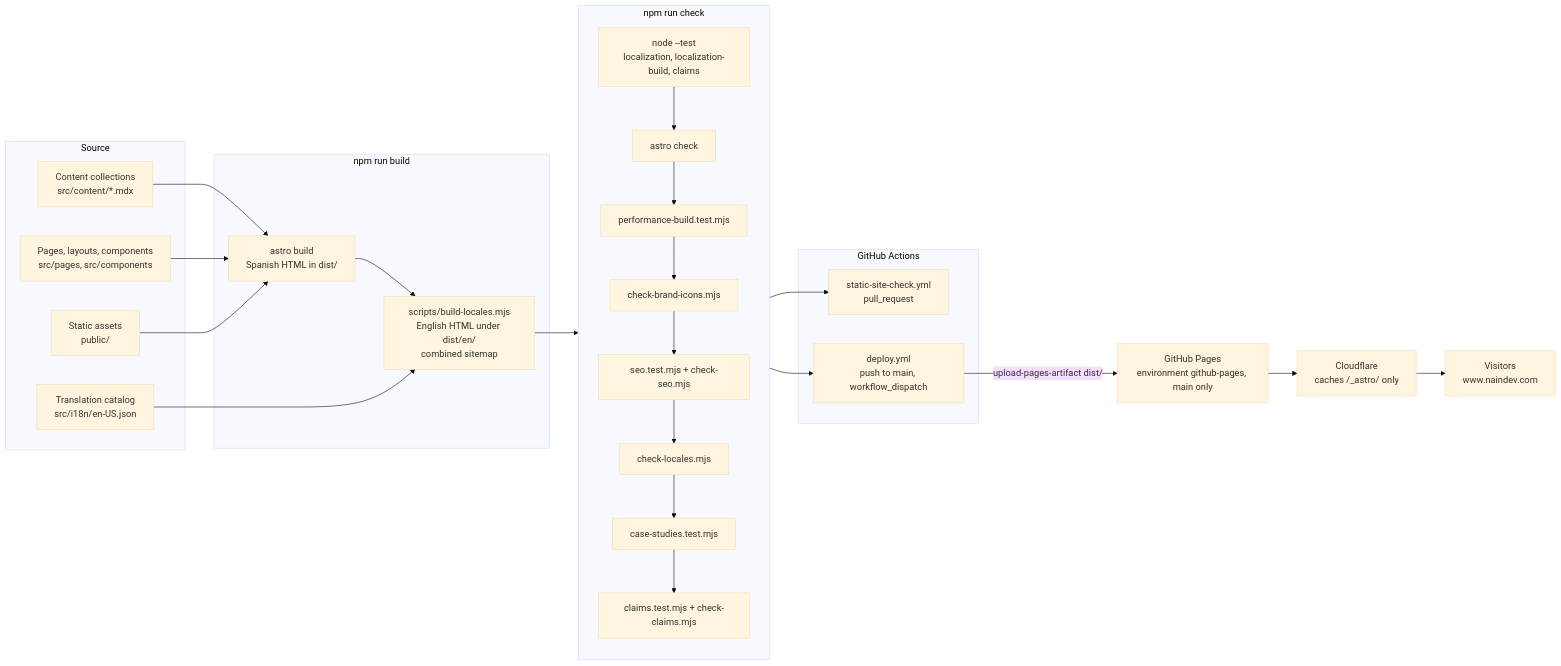
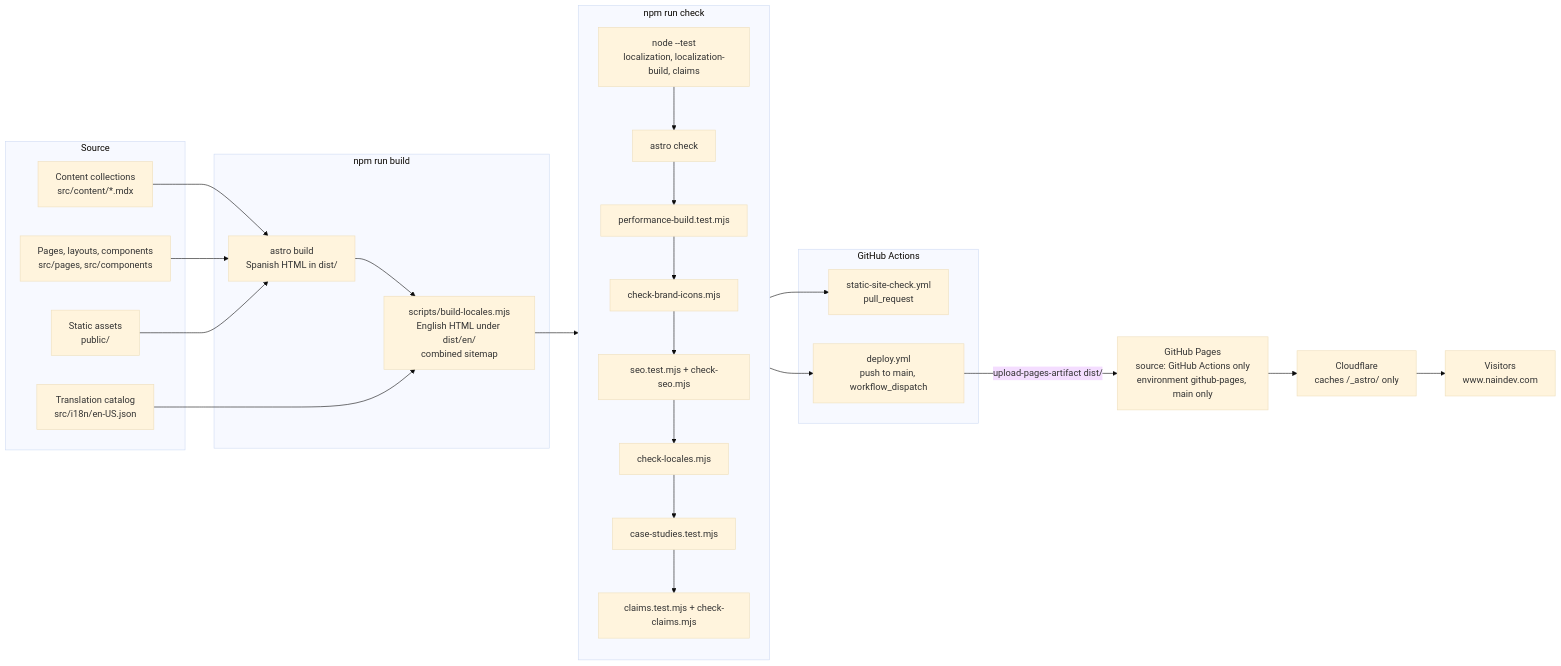
One commit to Nain9Dev/nain9dev.github.io changed the diagram in docs/20-architecture.md. Above: the diagram before and after it, drawn with Mermaid (base theme). The commit also changed 6 other files, not shown here.

First line of the commit message:
docs(ops): record the Pages source incident and log budget long tasks

````diff
--- a/docs/20-architecture.md
+++ b/docs/20-architecture.md
@@ -25,43 +25,43 @@
 ```mermaid
 flowchart LR
     subgraph Source
         MDX[Content collections<br/>src/content/*.mdx]
         ASTRO[Pages, layouts, components<br/>src/pages, src/components]
         CAT[Translation catalog<br/>src/i18n/en-US.json]
         PUB[Static assets<br/>public/]
     end
 
     subgraph Build["npm run build"]
         AB[astro build<br/>Spanish HTML in dist/]
         BL[scripts/build-locales.mjs<br/>English HTML under dist/en/<br/>combined sitemap]
     end
 
     subgraph Check["npm run check"]
         UT[node --test<br/>localization, localization-build, claims]
         AC[astro check]
         BI[check-brand-icons.mjs]
         SEO[seo.test.mjs + check-seo.mjs]
         LC[check-locales.mjs]
         CS[case-studies.test.mjs]
         CC[claims.test.mjs + check-claims.mjs]
         PF[performance-build.test.mjs]
     end
 
     subgraph CI["GitHub Actions"]
         SSC[static-site-check.yml<br/>pull_request]
         DEP[deploy.yml<br/>push to main, workflow_dispatch]
     end
 
     MDX --> AB
     ASTRO --> AB
     PUB --> AB
     AB --> BL
     CAT --> BL
     BL --> Check
     UT --> AC --> PF --> BI --> SEO --> LC --> CS --> CC
     Check --> SSC
     Check --> DEP
-    DEP -->|upload-pages-artifact dist/| GHP[GitHub Pages<br/>environment github-pages, main only]
+    DEP -->|upload-pages-artifact dist/| GHP[GitHub Pages<br/>source: GitHub Actions only<br/>environment github-pages, main only]
     GHP --> CF[Cloudflare<br/>caches /_astro/ only]
     CF --> USER[Visitors<br/>www.naindev.com]
 ```
````
